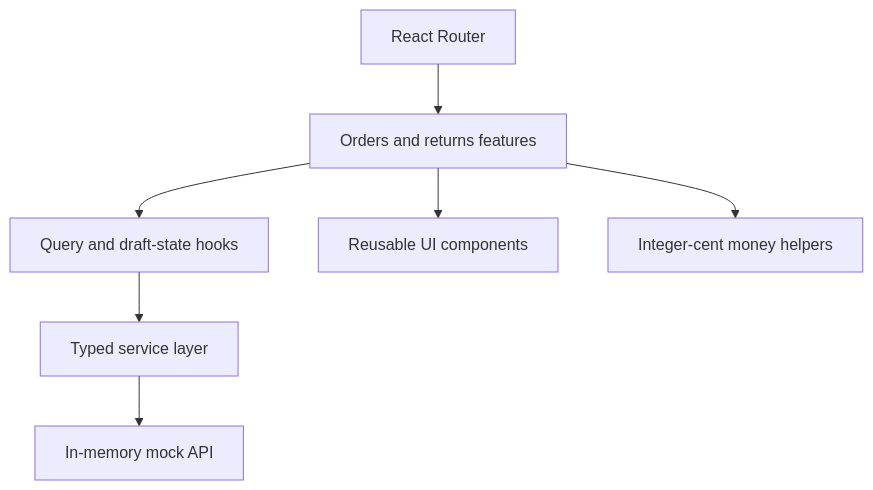
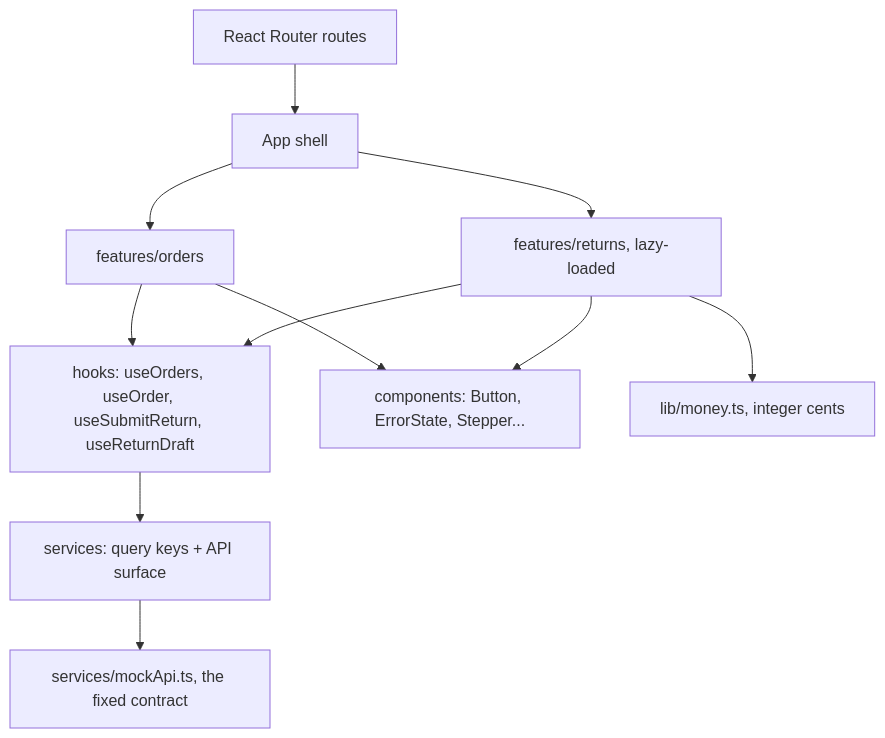
The second of 2 diagrams in README.md (alirazawatoo/frontend-dev-test), drawn with Mermaid before and after one commit. The commit also changed other lines of this file and 5 other files, not shown here.

First line of the commit message:
Rewrite the README around the fixed flow and refresh screenshots

````diff
--- a/README.md
+++ b/README.md
@@ -34,9 +73,13 @@
 ```mermaid
 flowchart TD
-    Routes[React Router] --> Features[Orders and returns features]
-    Features --> Hooks[Query and draft-state hooks]
-    Hooks --> Services[Typed service layer]
-    Services --> MockAPI[In-memory mock API]
-    Features --> Components[Reusable UI components]
-    Features --> Money[Integer-cent money helpers]
+    Routes[React Router routes] --> Layout[App shell]
+    Layout --> Orders[features/orders]
+    Layout --> Returns[features/returns, lazy-loaded]
+    Orders --> Hooks[hooks: useOrders, useOrder, useSubmitReturn, useReturnDraft]
+    Returns --> Hooks
+    Hooks --> Services[services: query keys + API surface]
+    Services --> MockAPI[services/mockApi.ts, the fixed contract]
+    Orders --> Components[components: Button, ErrorState, Stepper...]
+    Returns --> Components
+    Returns --> Money[lib/money.ts, integer cents]
 ```
````
